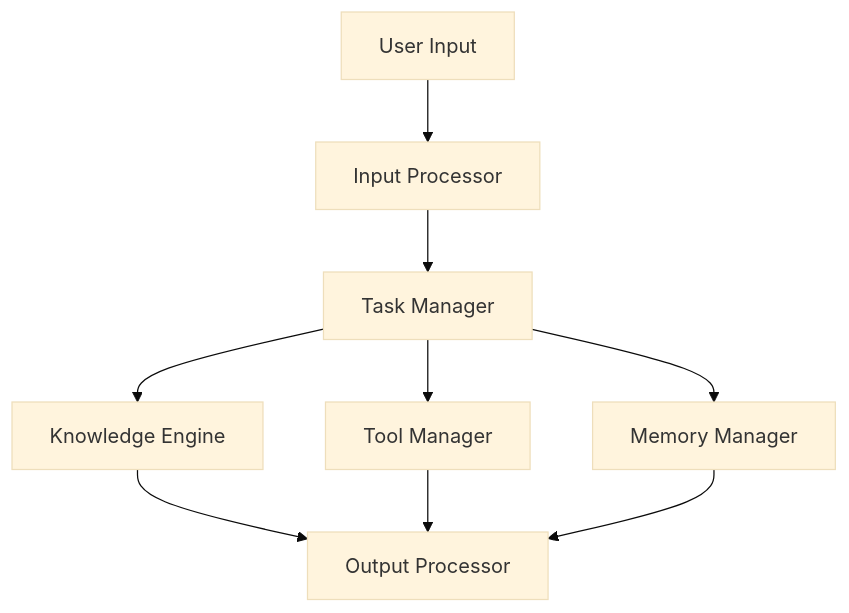
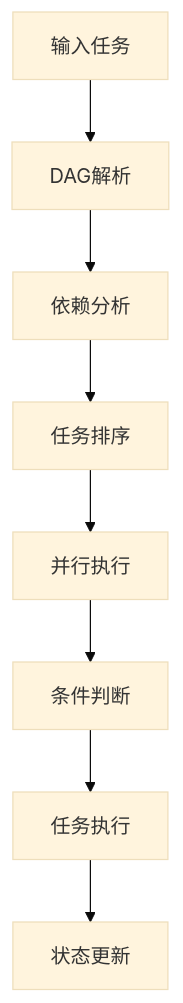
Before and after one commit to FormAgent/agent-workflow: the diagram in README.md, drawn with Mermaid (base theme). The commit also changed other lines of this file and 1 other file, not shown here.

````diff
--- a/README.md
+++ b/README.md
@@ -94,11 +109,10 @@
 ```mermaid
-graph TD;
-    A[User Input] --> B[Input Processor]
-    B --> C[Task Manager]
-    C --> D[Knowledge Engine]
-    C --> E[Tool Manager]
-    C --> F[Memory Manager]
-    D --> G[Output Processor]
-    E --> G
-    F --> G
+graph TD
+    A[输入任务] --> B[DAG解析]
+    B --> C[依赖分析]
+    C --> D[任务排序]
+    D --> E[并行执行]
+    E --> F[条件判断]
+    F --> G[任务执行]
+    G --> H[状态更新]
 ```
````
